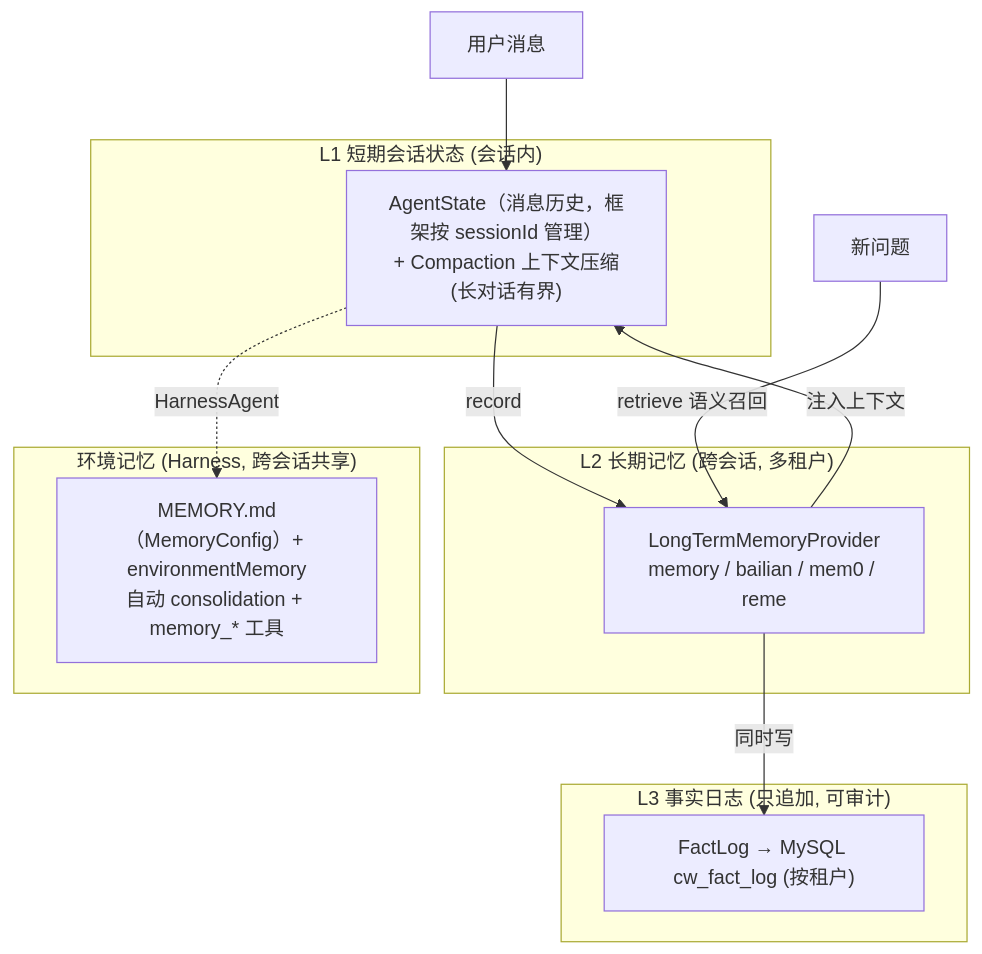
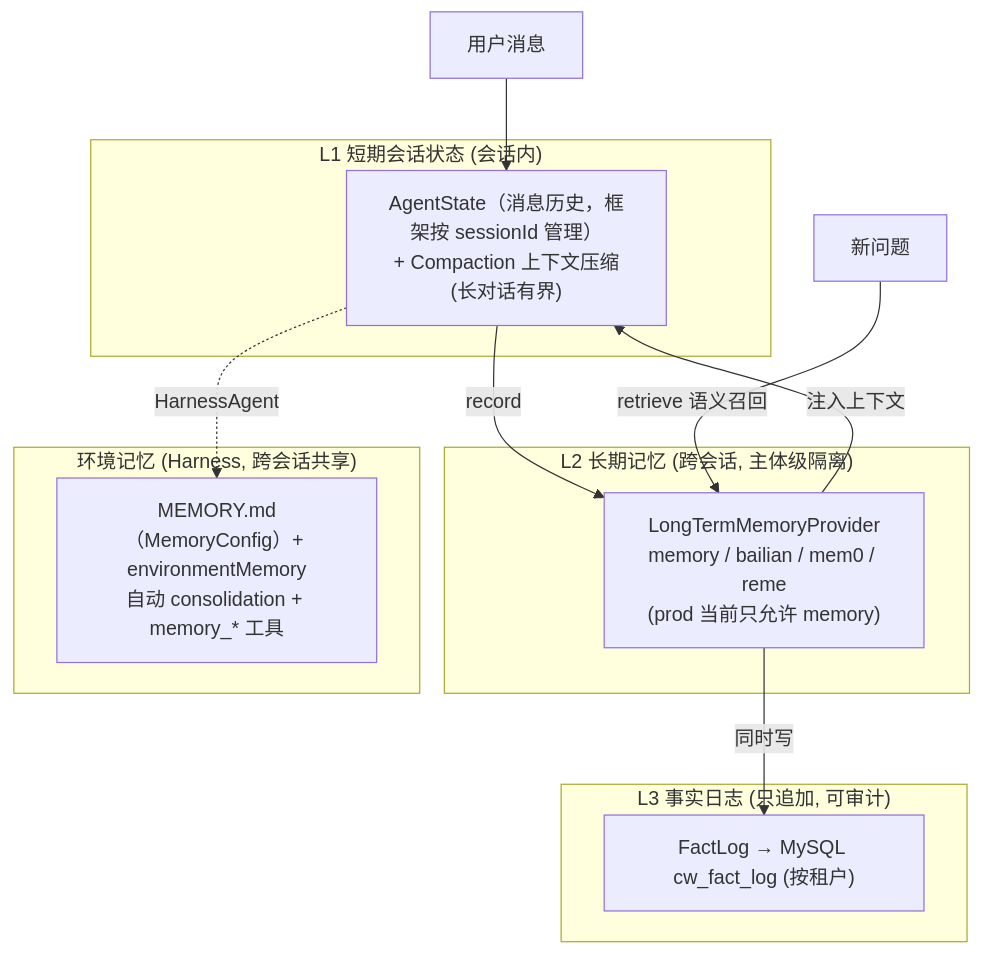
Diagram 16 of 33 in docs/详细技术文档.md (liulangjietou/customer_work), drawn with Mermaid before and after one commit. The commit also changed other lines of this file and 630 other files, not shown here.

````diff
--- a/docs/详细技术文档.md
+++ b/docs/详细技术文档.md
@@ -573,21 +574,21 @@
 ```mermaid
 flowchart TB
     subgraph L1["L1 短期会话状态 (会话内)"]
         A["AgentState（消息历史，框架按 sessionId 管理）<br/>+ Compaction 上下文压缩(长对话有界)"]
     end
-    subgraph L2["L2 长期记忆 (跨会话, 多租户)"]
-        B["LongTermMemoryProvider<br/>memory / bailian / mem0 / reme"]
+    subgraph L2["L2 长期记忆 (跨会话, 主体级隔离)"]
+        B["LongTermMemoryProvider<br/>memory / bailian / mem0 / reme<br/>(prod 当前只允许 memory)"]
     end
     subgraph L3["L3 事实日志 (只追加, 可审计)"]
         C["FactLog → MySQL cw_fact_log (按租户)"]
     end
     subgraph ENV["环境记忆 (Harness, 跨会话共享)"]
         E["MEMORY.md（MemoryConfig）+ environmentMemory<br/>自动 consolidation + memory_* 工具"]
     end
     U[用户消息] --> A
     A -->|record| B
     B -->|同时写| C
     Q[新问题] -->|retrieve 语义召回| B
     B -->|注入上下文| A
     A -. HarnessAgent .-> E
 ```
````
